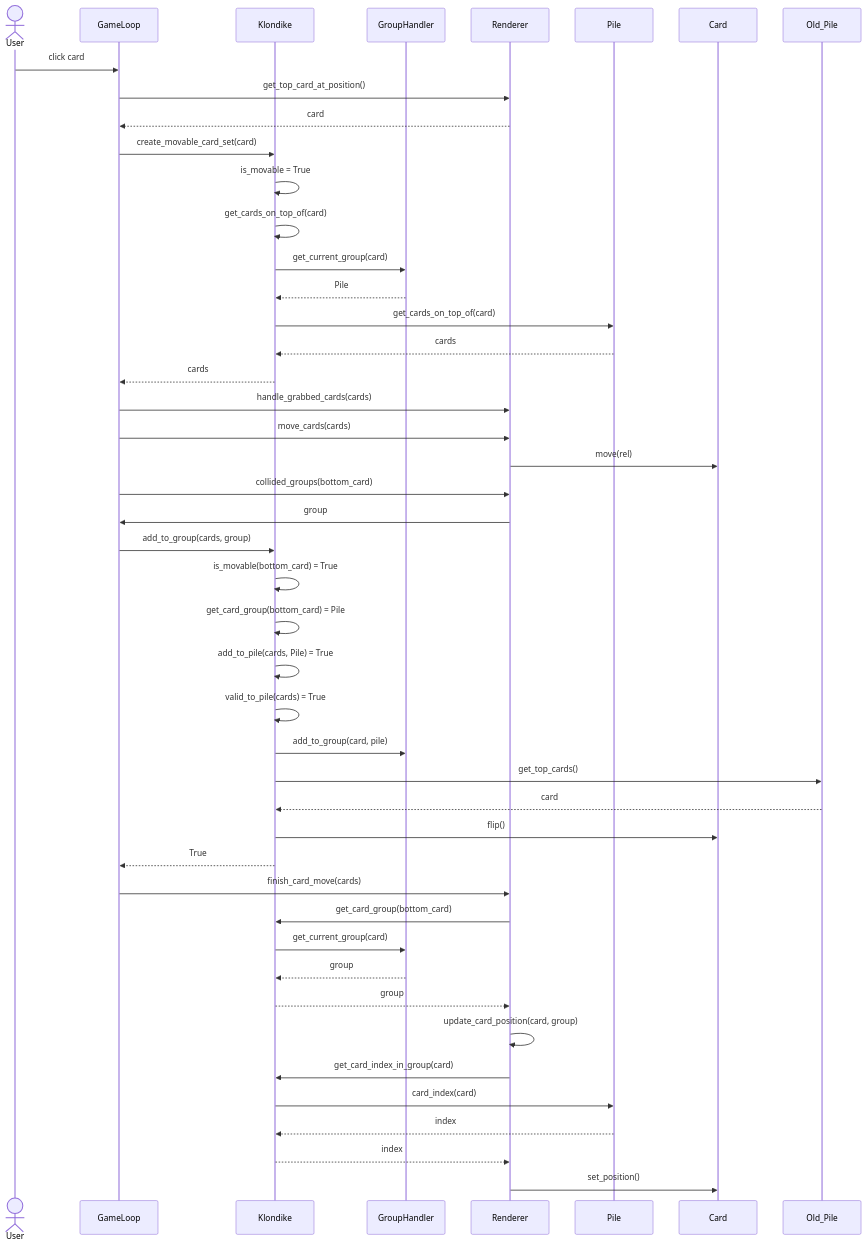
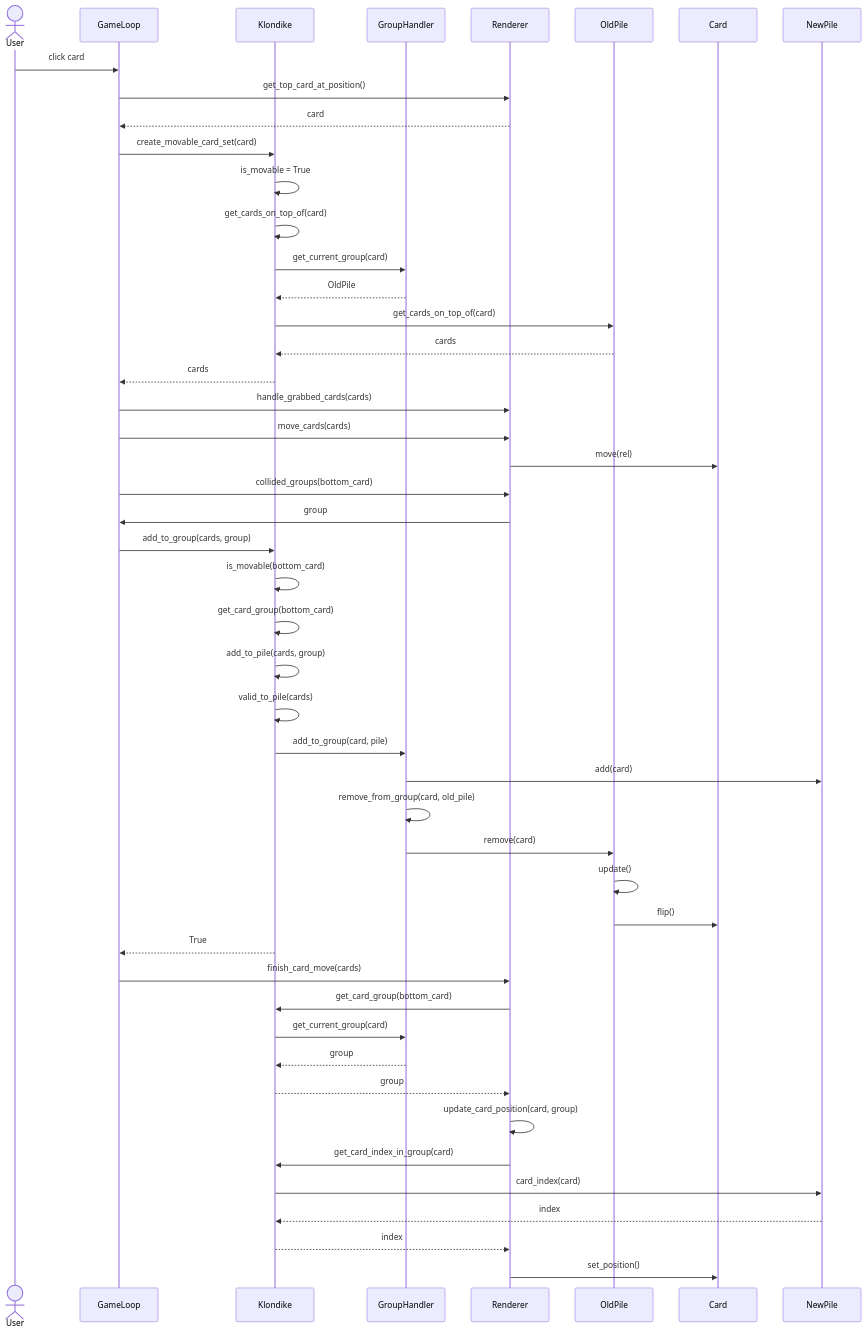
The fifth of 5 diagrams in pasianssi-app/dokumentaatio/arkkitehtuuri.md (pankalai/ot-harjoitustyo), drawn with Mermaid before and after one commit. The commit also changed other lines of this file and 6 other files, not shown here.

````diff
--- a/pasianssi-app/dokumentaatio/arkkitehtuuri.md
+++ b/pasianssi-app/dokumentaatio/arkkitehtuuri.md
@@ -135,47 +135,52 @@
 ```mermaid
 sequenceDiagram
   actor User
   participant GameLoop
   participant Klondike
   participant GroupHandler
+
   User->>GameLoop: click card
   GameLoop->>Renderer: get_top_card_at_position()
   Renderer-->>GameLoop: card
-  GameLoop ->> Klondike: create_movable_card_set(card)
+  GameLoop->>Klondike: create_movable_card_set(card)
   Klondike->>Klondike: is_movable = True
   Klondike->>Klondike: get_cards_on_top_of(card)
   Klondike->>GroupHandler: get_current_group(card)
-  GroupHandler-->>Klondike: Pile
-  Klondike->>Pile: get_cards_on_top_of(card)
-  Pile-->>Klondike: cards
+  GroupHandler-->>Klondike: OldPile
+  Klondike->>OldPile: get_cards_on_top_of(card)
+  OldPile-->>Klondike: cards
   Klondike-->>GameLoop: cards
   GameLoop->>Renderer: handle_grabbed_cards(cards)
 
   GameLoop->>Renderer: move_cards(cards)
   Renderer->>Card: move(rel)
 
   GameLoop->>Renderer: collided_groups(bottom_card)
   Renderer->>GameLoop: group
+
   GameLoop->>Klondike: add_to_group(cards, group)
-  Klondike->>Klondike: is_movable(bottom_card) = True
-  Klondike->>Klondike: get_card_group(bottom_card) = Pile
-  Klondike->>Klondike: add_to_pile(cards, Pile) = True
-  Klondike->>Klondike: valid_to_pile(cards) = True
+  Klondike->>Klondike: is_movable(bottom_card)
+  Klondike->>Klondike: get_card_group(bottom_card)
+  Klondike->>Klondike: add_to_pile(cards, group)
+  Klondike->>Klondike: valid_to_pile(cards)
   Klondike->>GroupHandler: add_to_group(card, pile)
-  Klondike->>Old_Pile: get_top_cards()
-  Old_Pile-->>Klondike: card
-  Klondike->>Card: flip()
+  GroupHandler->>NewPile: add(card)
+  GroupHandler->>GroupHandler: remove_from_group(card, old_pile)
+  GroupHandler->>OldPile: remove(card)
+  OldPile->>OldPile: update()
+  OldPile->>Card: flip()
   Klondike-->>GameLoop: True
+
   GameLoop->>Renderer: finish_card_move(cards)
   Renderer->>Klondike: get_card_group(bottom_card)
   Klondike->>GroupHandler: get_current_group(card)
   GroupHandler-->>Klondike: group
   Klondike-->>Renderer: group
   Renderer->>Renderer: update_card_position(card, group)
   Renderer->>Klondike: get_card_index_in_group(card)
-  Klondike->>Pile: card_index(card)
-  Pile-->>Klondike: index
+  Klondike->>NewPile: card_index(card)
+  NewPile-->>Klondike: index
   Klondike-->>Renderer: index
   Renderer->>Card: set_position()
 
 ```
````
